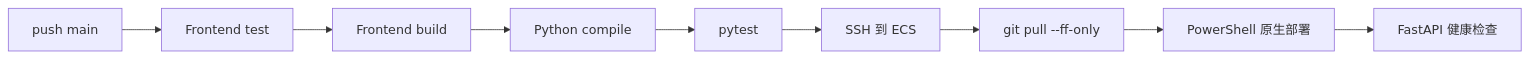
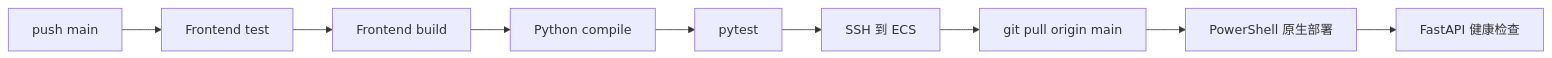
Before and after one commit to KN-998998/AI-i2v: the diagram in docs/CI-CD部署说明.md, drawn with Mermaid. The commit also changed other lines of this file and 15 other files, not shown here.

````diff
--- a/docs/CI-CD部署说明.md
+++ b/docs/CI-CD部署说明.md
@@ -18,11 +18,11 @@
 ```mermaid
 flowchart LR
   A[push main] --> B[Frontend test]
   B --> C[Frontend build]
   C --> D[Python compile]
   D --> E[pytest]
   E --> F[SSH 到 ECS]
-  F --> G[git pull --ff-only]
+  F --> G[git pull origin main]
   G --> H[PowerShell 原生部署]
   H --> I[FastAPI 健康检查]
 ```
````
